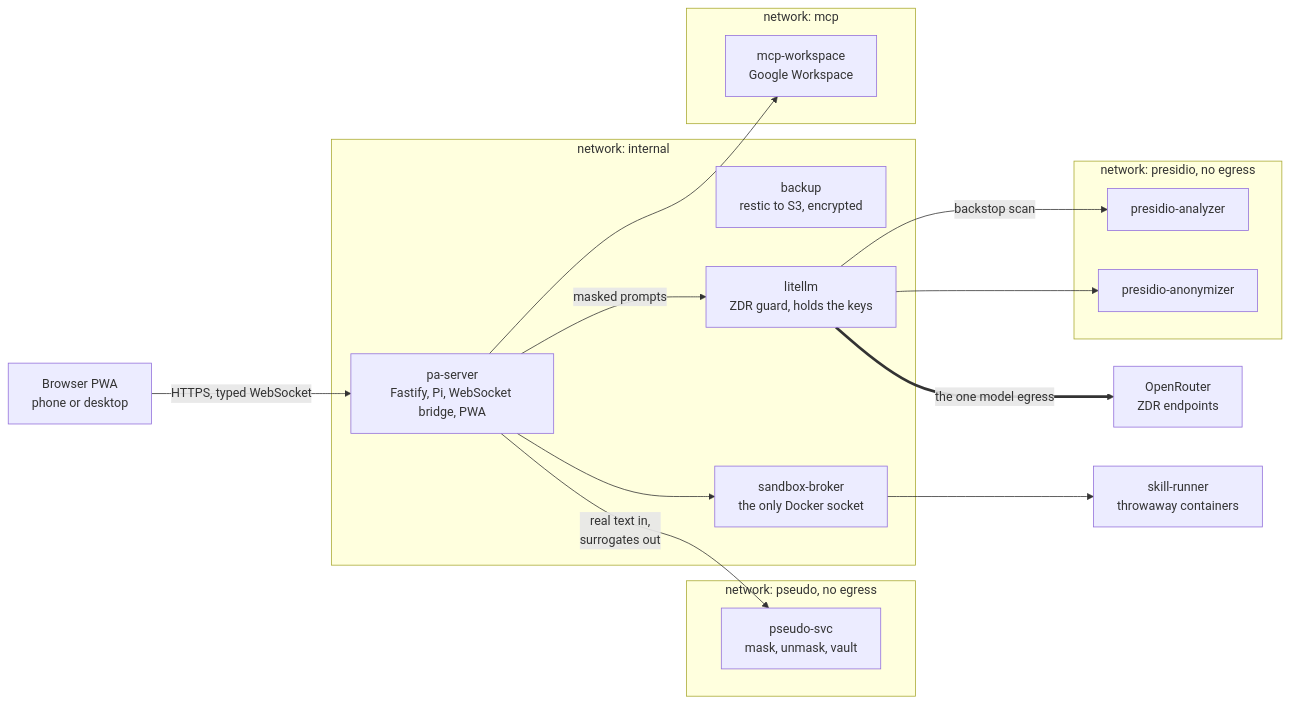
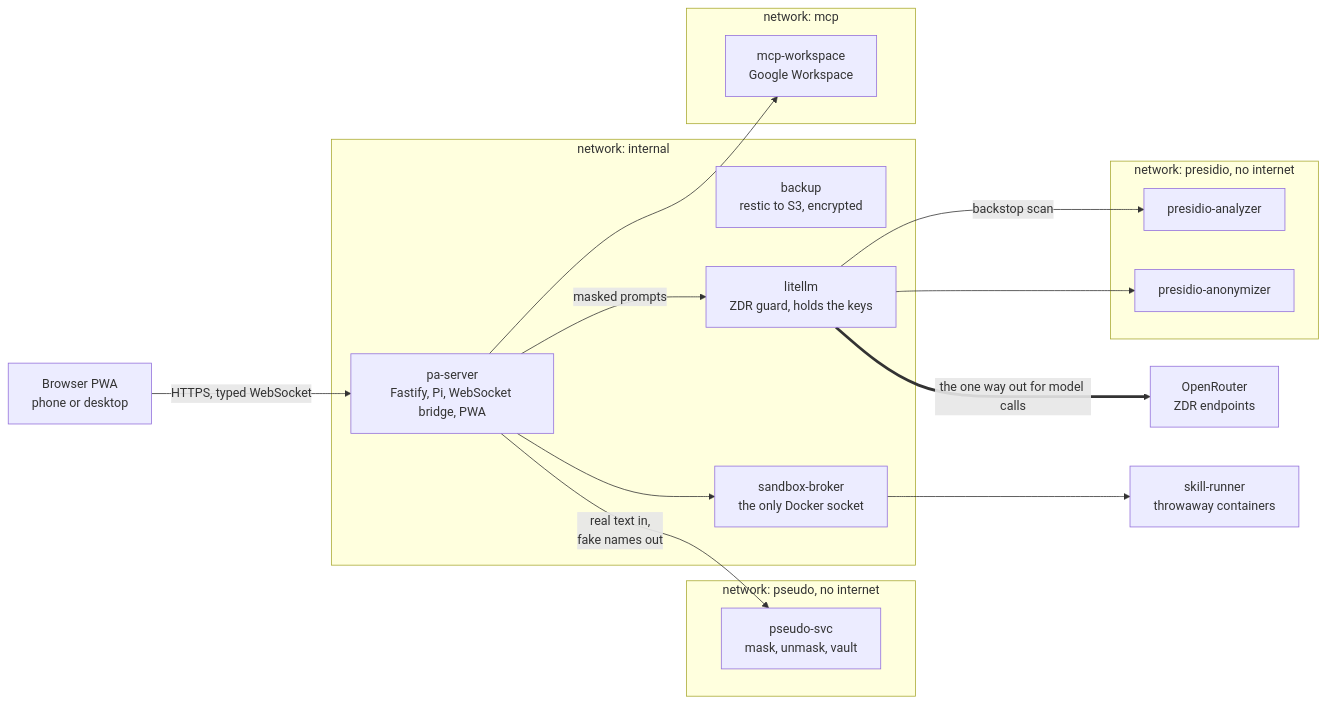
One commit to ahulkkonen/nolla-assistant changed the diagram in README.md. Above: the diagram before and after it, drawn with Mermaid. The commit also changed other lines of this file and 2 other files, not shown here.

````diff
--- a/README.md
+++ b/README.md
@@ -114,31 +129,31 @@
 ```mermaid
 flowchart LR
   browser["Browser PWA<br/>phone or desktop"]
-  subgraph pseudo["network: pseudo, no egress"]
+  subgraph pseudo["network: pseudo, no internet"]
     psvc["pseudo-svc<br/>mask, unmask, vault"]
   end
   subgraph internal["network: internal"]
     server["pa-server<br/>Fastify, Pi, WebSocket bridge, PWA"]
     backup["backup<br/>restic to S3, encrypted"]
     litellm["litellm<br/>ZDR guard, holds the keys"]
     broker["sandbox-broker<br/>the only Docker socket"]
   end
-  subgraph presidio["network: presidio, no egress"]
+  subgraph presidio["network: presidio, no internet"]
     analyzer["presidio-analyzer"]
     anonymizer["presidio-anonymizer"]
   end
   openrouter["OpenRouter<br/>ZDR endpoints"]
   runner["skill-runner<br/>throwaway containers"]
   subgraph mcp["network: mcp"]
     workspace["mcp-workspace<br/>Google Workspace"]
   end
   browser -- "HTTPS, typed WebSocket" --> server
-  server -- "real text in,<br/>surrogates out" --> psvc
+  server -- "real text in,<br/>fake names out" --> psvc
   server -- "masked prompts" --> litellm
   litellm -- "backstop scan" --> analyzer
   litellm --> anonymizer
-  litellm == "the one model egress" ==> openrouter
+  litellm == "the one way out for model calls" ==> openrouter
   server --> broker
   broker --> runner
   server --> workspace
 ```
````
